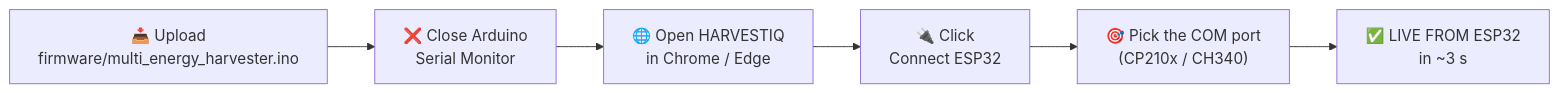
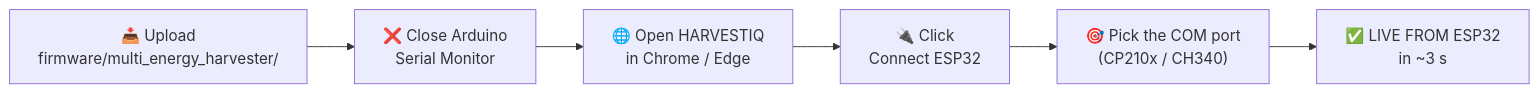
Before and after one commit to Mukesh-240/harvestiq: the first of 7 diagrams in README.md, drawn with Mermaid. The commit also changed other lines of this file and 12 other files, not shown here.

````diff
--- a/README.md
+++ b/README.md
@@ -95,8 +96,8 @@
 ```mermaid
 flowchart LR
-    A["📥 Upload<br/>firmware/multi_energy_harvester.ino"] --> B["❌ Close Arduino<br/>Serial Monitor"]
+    A["📥 Upload<br/>firmware/multi_energy_harvester/"] --> B["❌ Close Arduino<br/>Serial Monitor"]
     B --> C["🌐 Open HARVESTIQ<br/>in Chrome / Edge"]
     C --> D["🔌 Click<br/>Connect ESP32"]
     D --> E["🎯 Pick the COM port<br/>(CP210x / CH340)"]
     E --> F["✅ LIVE FROM ESP32<br/>in ~3 s"]
 ```
````
